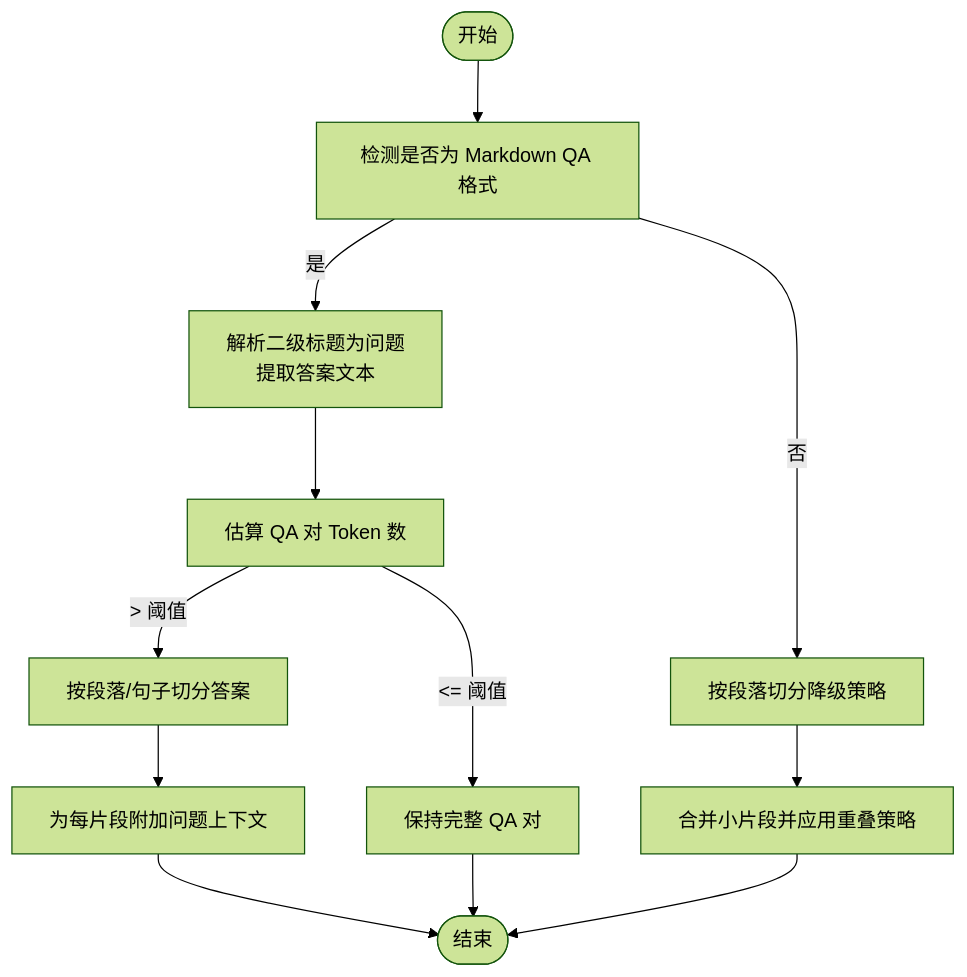
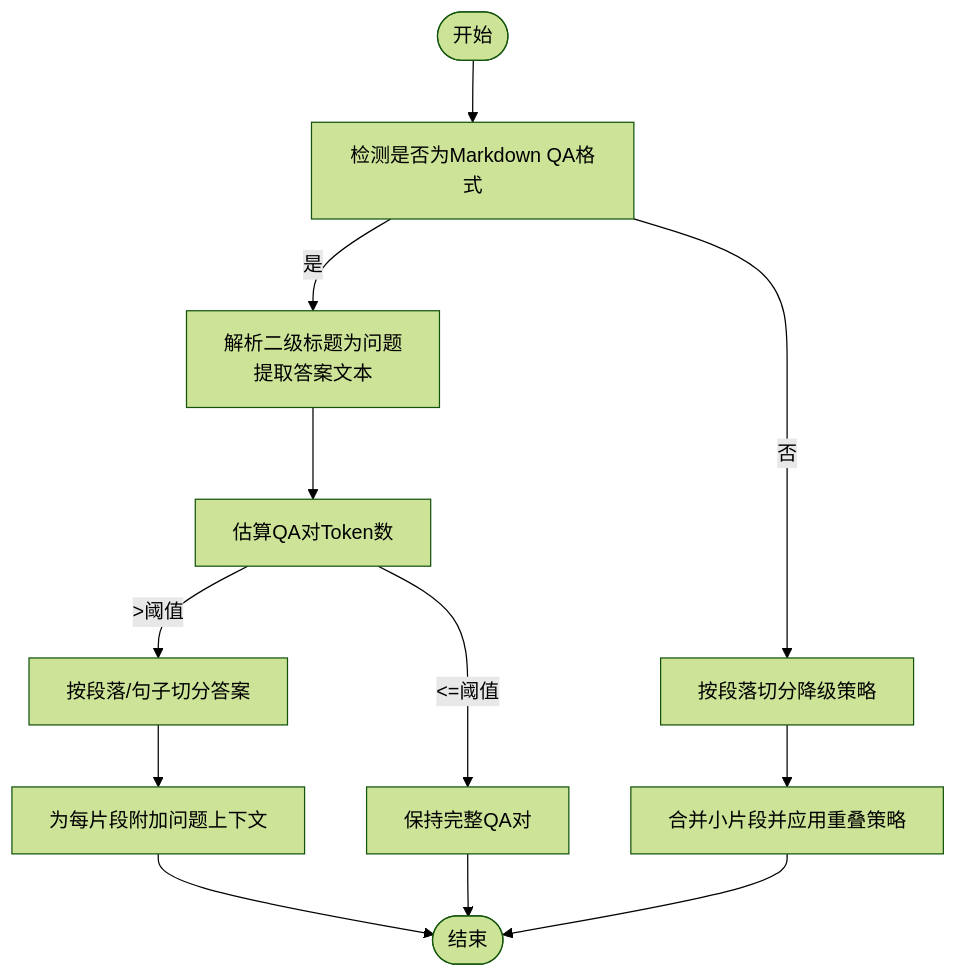
The sixth of 9 diagrams in .qoder/repowiki/zh/content/知识库管理系统/知识库管理系统.md (X555LB/data-ai), drawn with Mermaid (forest theme) before and after one commit. The commit also changed other lines of this file and 11 other files, not shown here.

````diff
--- a/.qoder/repowiki/zh/content/知识库管理系统/知识库管理系统.md
+++ b/.qoder/repowiki/zh/content/知识库管理系统/知识库管理系统.md
@@ -281,14 +350,14 @@
 ```mermaid
 flowchart TD
-Start(["开始"]) --> Detect["检测是否为 Markdown QA 格式"]
+Start(["开始"]) --> Detect["检测是否为Markdown QA格式"]
 Detect --> |是| ParseQA["解析二级标题为问题<br/>提取答案文本"]
-ParseQA --> CheckTokens["估算 QA 对 Token 数"]
-CheckTokens --> |<= 阈值| KeepFull["保持完整 QA 对"]
-CheckTokens --> |> 阈值| SplitAnswer["按段落/句子切分答案"]
+ParseQA --> CheckTokens["估算QA对Token数"]
+CheckTokens --> |<=阈值| KeepFull["保持完整QA对"]
+CheckTokens --> |>阈值| SplitAnswer["按段落/句子切分答案"]
 SplitAnswer --> ReattachQ["为每片段附加问题上下文"]
 Detect --> |否| Fallback["按段落切分降级策略"]
 Fallback --> Merge["合并小片段并应用重叠策略"]
 ReattachQ --> End(["结束"])
 KeepFull --> End
 Merge --> End
 ```
````
